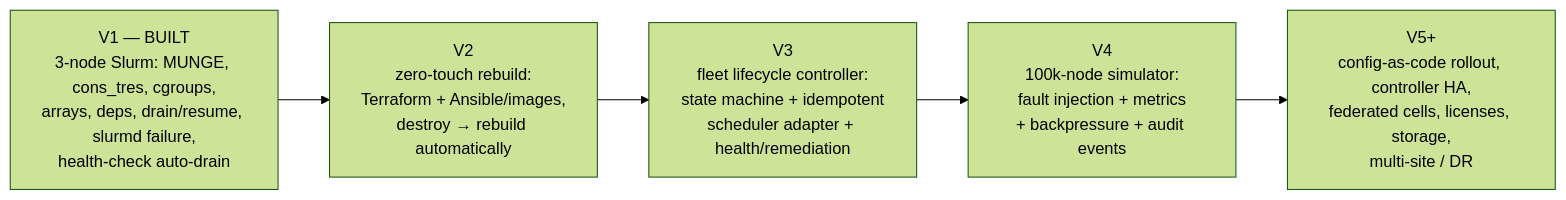
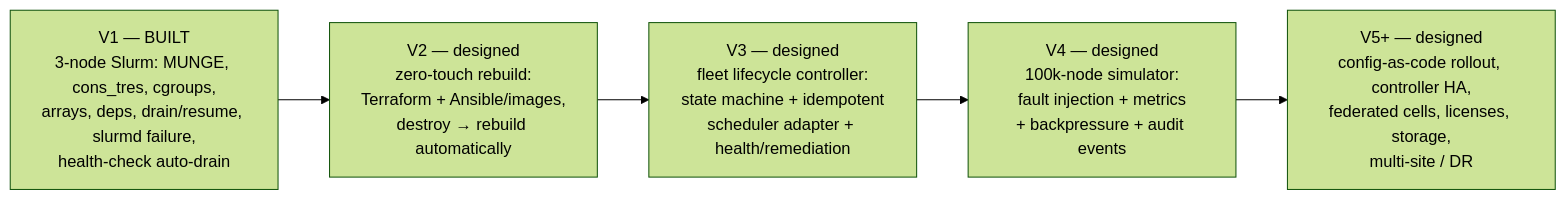
Diagram 15 of 15 in docs/PRODUCTION_SCALE_ARCHITECTURE.md (Ajayvardhanreddy/distributed-workload-platform-slurm), drawn with Mermaid (forest theme) before and after one commit. The commit also changed other lines of this file and 1 other file, not shown here.

First line of the commit message:
docs: tighten production-scale architecture doc and README

````diff
--- a/docs/PRODUCTION_SCALE_ARCHITECTURE.md
+++ b/docs/PRODUCTION_SCALE_ARCHITECTURE.md
@@ -745,8 +756,8 @@
 ```mermaid
 flowchart LR
     V1["V1 — BUILT<br/>3-node Slurm: MUNGE, cons_tres, cgroups,<br/>arrays, deps, drain/resume, slurmd failure,<br/>health-check auto-drain"] --> V2
-    V2["V2<br/>zero-touch rebuild:<br/>Terraform + Ansible/images,<br/>destroy → rebuild automatically"] --> V3
-    V3["V3<br/>fleet lifecycle controller:<br/>state machine + idempotent<br/>scheduler adapter + health/remediation"] --> V4
-    V4["V4<br/>100k-node simulator:<br/>fault injection + metrics<br/>+ backpressure + audit events"] --> V5
-    V5["V5+<br/>config-as-code rollout, controller HA,<br/>federated cells, licenses, storage,<br/>multi-site / DR"]
+    V2["V2 — designed<br/>zero-touch rebuild:<br/>Terraform + Ansible/images,<br/>destroy → rebuild automatically"] --> V3
+    V3["V3 — designed<br/>fleet lifecycle controller:<br/>state machine + idempotent<br/>scheduler adapter + health/remediation"] --> V4
+    V4["V4 — designed<br/>100k-node simulator:<br/>fault injection + metrics<br/>+ backpressure + audit events"] --> V5
+    V5["V5+ — designed<br/>config-as-code rollout, controller HA,<br/>federated cells, licenses, storage,<br/>multi-site / DR"]
 ```
````
